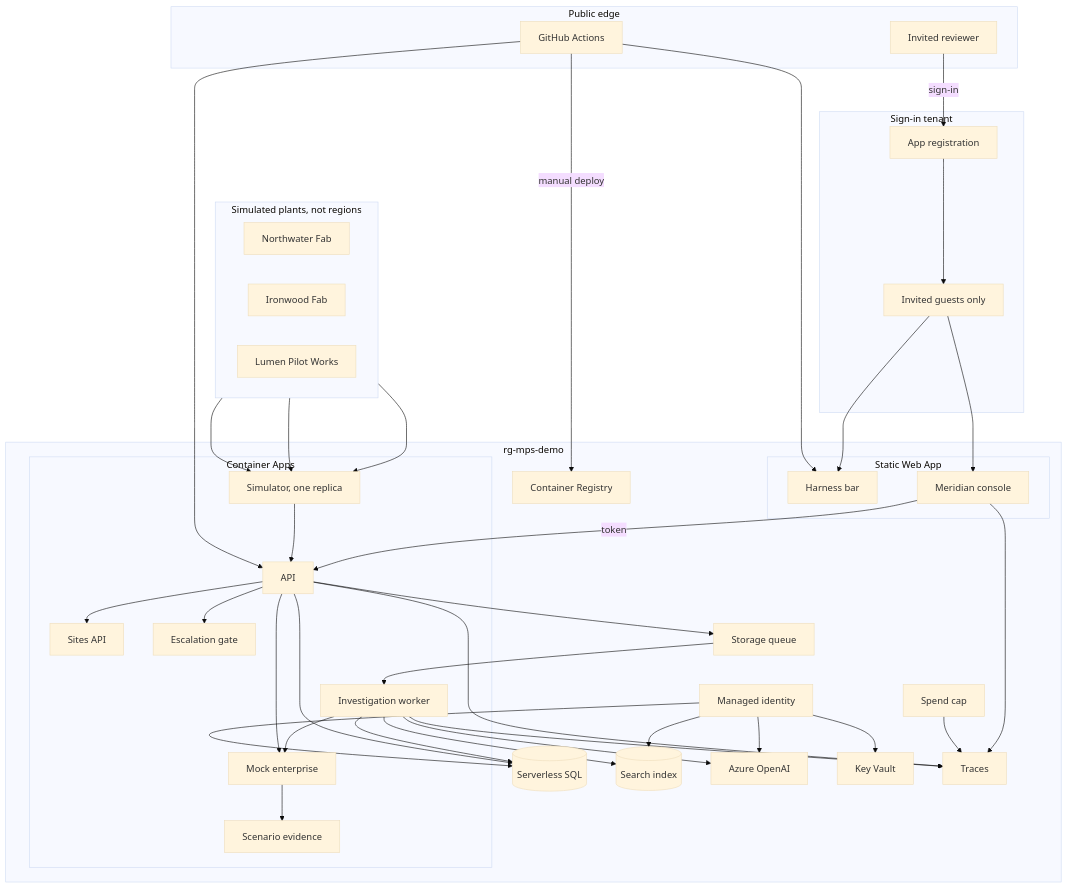
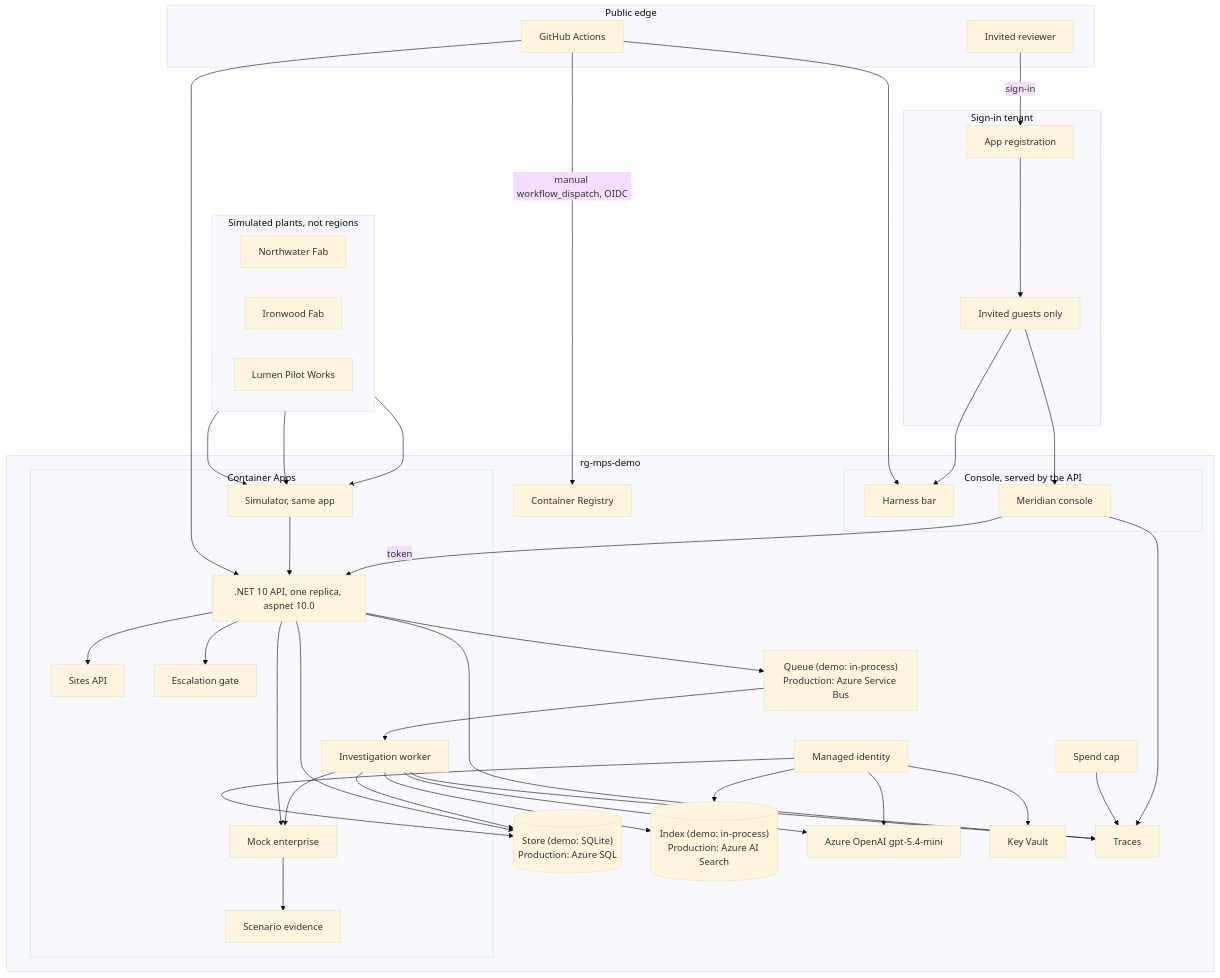
One commit to ccc-bcweis/mps-quality-agents changed the diagram in docs/diagrams/print/mermaid/physical.mmd. Above: the diagram before and after it, drawn with Mermaid (base theme). The commit also changed 15 other files, not shown here.

First line of the commit message:
docs: align SPEC and diagrams with the running demo

```diff
--- a/docs/diagrams/print/mermaid/physical.mmd
+++ b/docs/diagrams/print/mermaid/physical.mmd
@@ -1,79 +1,79 @@
 flowchart TB
   subgraph Plants["Simulated plants, not regions"]
     direction LR
     NW["Northwater Fab"]
     IW["Ironwood Fab"]
     LM["Lumen Pilot Works"]
   end
 
   subgraph Public["Public edge"]
     REV["Invited reviewer"]
     GH["GitHub Actions"]
   end
 
   subgraph IdP["Sign-in tenant"]
     APP["App registration"]
     GUESTS["Invited guests only"]
   end
 
   REV -->|sign-in| APP
   APP --> GUESTS
 
   subgraph RG["rg-mps-demo"]
-    subgraph Edge["Static Web App"]
+    subgraph Edge["Console, served by the API"]
       HRN["Harness bar"]
       CON["Meridian console"]
     end
 
     subgraph Net["Container Apps"]
-      APIc["API"]
+      APIc[".NET 10 API, one replica, aspnet 10.0"]
       SITES["Sites API"]
       EGATE["Escalation gate"]
       WRK["Investigation worker"]
-      SIMc["Simulator, one replica"]
+      SIMc["Simulator, same app"]
       MOCK["Mock enterprise"]
       EVD["Scenario evidence"]
     end
 
-    Q["Storage queue"]
-    SQL[("Serverless SQL")]
-    SRCH[("Search index")]
-    AOAI["Azure OpenAI"]
+    Q["Queue (demo: in-process)<br/>Production: Azure Service Bus"]
+    SQL[("Store (demo: SQLite)<br/>Production: Azure SQL")]
+    SRCH[("Index (demo: in-process)<br/>Production: Azure AI Search")]
+    AOAI["Azure OpenAI gpt-5.4-mini"]
     KV["Key Vault"]
     MI["Managed identity"]
     AI["Traces"]
     BUD["Spend cap"]
     ACR["Container Registry"]
   end
 
   GUESTS --> HRN
   GUESTS --> CON
   CON -->|token| APIc
   NW --> SIMc
   IW --> SIMc
   LM --> SIMc
   APIc --> SITES
   APIc --> EGATE
   APIc --> Q
   Q --> WRK
   SIMc --> APIc
   WRK --> AOAI
   WRK --> SRCH
   WRK --> SQL
   WRK --> MOCK
   MOCK --> EVD
   APIc --> SQL
   APIc --> MOCK
 
   MI --> KV
   MI --> AOAI
   MI --> SQL
   MI --> SRCH
   APIc --> AI
   WRK --> AI
   CON --> AI
   BUD --> AI
 
-  GH -->|manual deploy| ACR
+  GH -->|manual workflow_dispatch, OIDC| ACR
   GH --> APIc
   GH --> HRN
```
